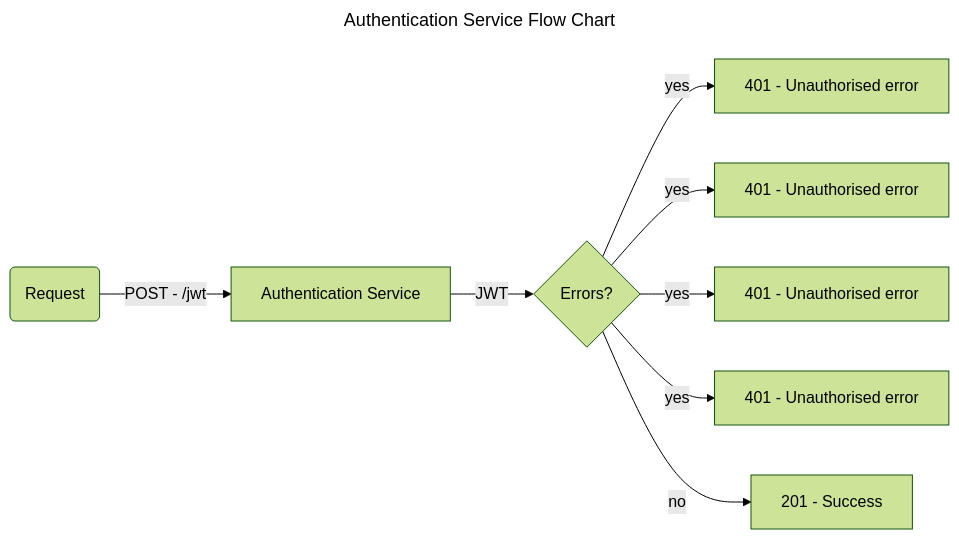
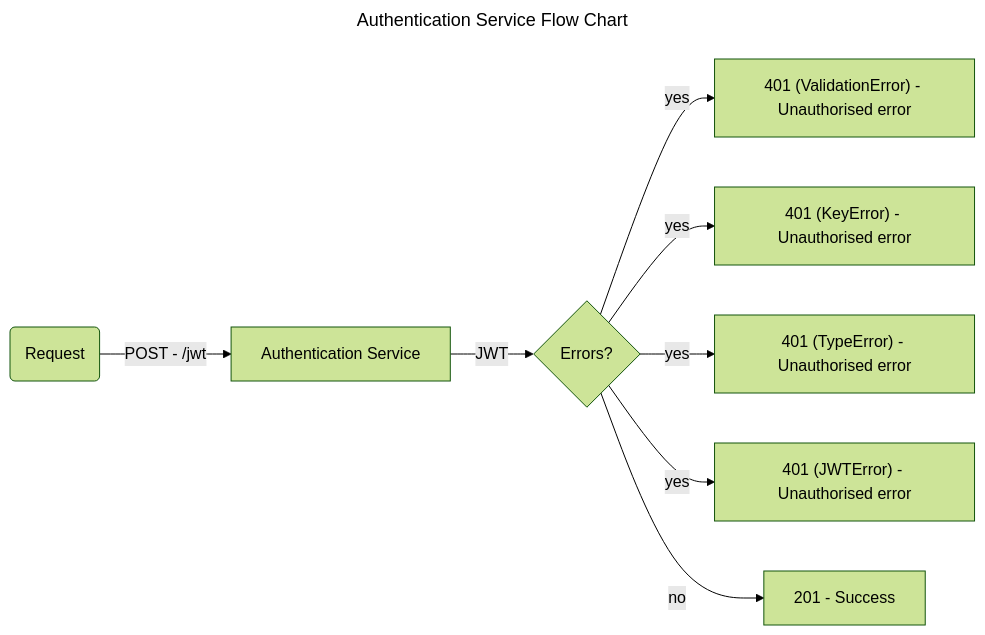
One commit to darrylmorton/ct-iot-authentication-service changed the first of 2 diagrams in docs/DIAGRAMS.md. Above: the diagram before and after it, drawn with Mermaid (forest theme). The commit also changed other lines of this file, not shown here.

Commit message:
updated diagrams

````diff
--- a/docs/DIAGRAMS.md
+++ b/docs/DIAGRAMS.md
@@ -1,14 +1,14 @@
 ```mermaid
 ---
 title: Authentication Service Flow Chart
 ---
 
 flowchart LR
     HttpRequest(Request) -->|POST - /jwt| AuthenticationService[Authentication Service]
     AuthenticationService -->|JWT| Errors{Errors?}
-    Errors -->|yes| ValidationError[401 - Unauthorised error]
-    Errors -->|yes| KeyError[401 - Unauthorised error]
-    Errors -->|yes| TypeError[401 - Unauthorised error]
-    Errors -->|yes| JWTError[401 - Unauthorised error]
+    Errors -->|yes| ValidationError["401 (ValidationError) - Unauthorised error"]
+    Errors -->|yes| KeyError["401 (KeyError) - Unauthorised error"]
+    Errors -->|yes| TypeError["401 (TypeError) - Unauthorised error"]
+    Errors -->|yes| JWTError["401 (JWTError) - Unauthorised error"]
     Errors -->|no| SuccessResponse[201 - Success]
 ```
````
